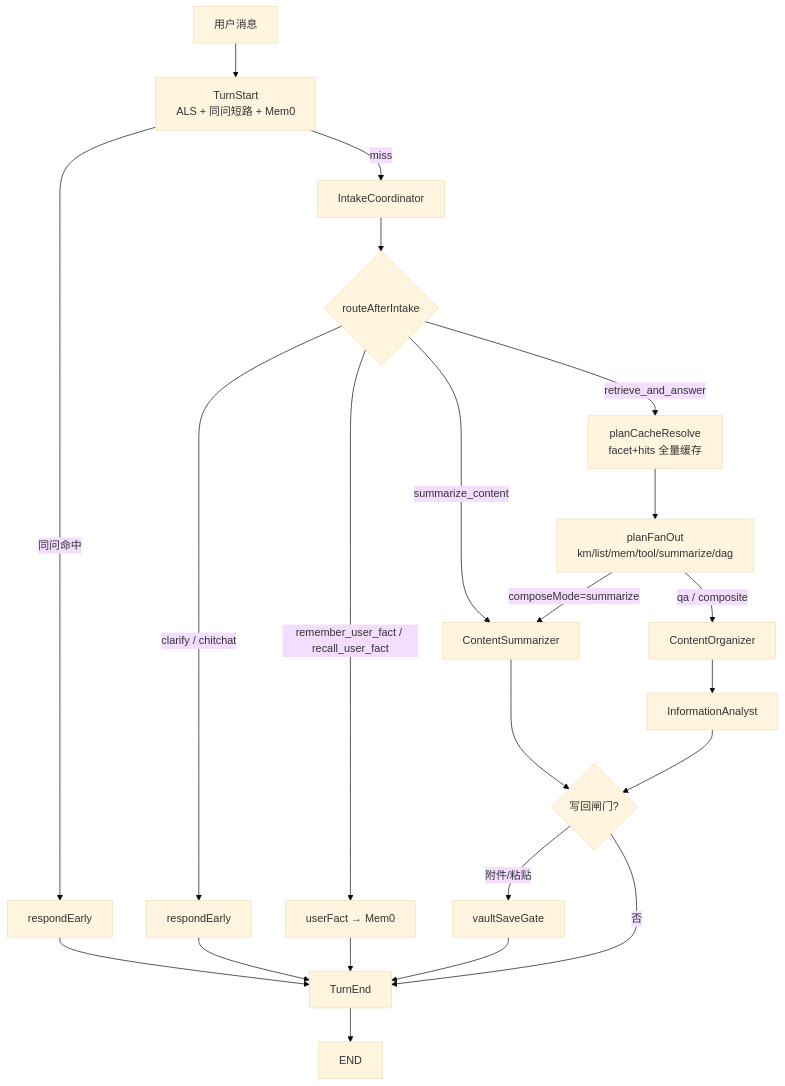
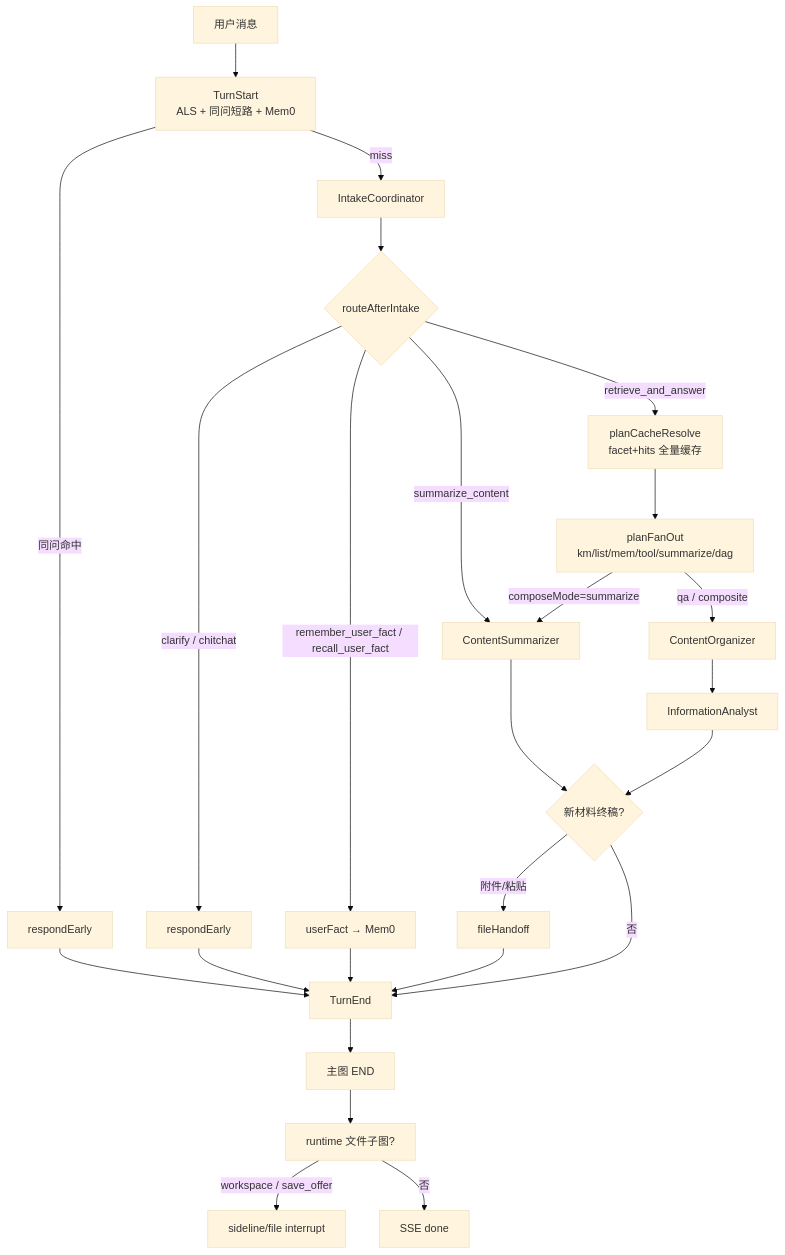
Before and after one commit to panzhanfei/agent: the second of 12 diagrams in docs/02-agent-flows.md, drawn with Mermaid (base theme). The commit also changed other lines of this file and 111 other files, not shown here.

First line of the commit message:
文件 HITL 改成主图结束后的平级子线（sideline/file + FileJob）

````diff
--- a/docs/02-agent-flows.md
+++ b/docs/02-agent-flows.md
@@ -140,25 +147,28 @@
 ```mermaid
 flowchart TD
   A[用户消息] --> PT[TurnStart<br/>ALS + 同问短路 + Mem0]
   PT -->|同问命中| D0[respondEarly]
   PT -->|miss| B[IntakeCoordinator]
   B --> C{routeAfterIntake}
 
   C -->|clarify / chitchat| D[respondEarly]
   C -->|remember_user_fact / recall_user_fact| UF[userFact → Mem0]
   C -->|summarize_content| CS[ContentSummarizer]
   C -->|retrieve_and_answer| PCR[planCacheResolve<br/>facet+hits 全量缓存]
   PCR --> PE[planFanOut<br/>km/list/mem/tool/summarize/dag]
   PE -->|composeMode=summarize| CS
   PE -->|qa / composite| CO[ContentOrganizer]
   CO --> G[InformationAnalyst]
-  G --> GATE{写回闸门?}
+  G --> GATE{新材料终稿?}
   CS --> GATE
-  GATE -->|附件/粘贴| VSG[vaultSaveGate]
+  GATE -->|附件/粘贴| FH[fileHandoff]
   GATE -->|否| PST[TurnEnd]
-  VSG --> PST
+  FH --> PST
   D --> PST
   UF --> PST
   D0 --> PST
-  PST --> END_NODE[END]
+  PST --> END_NODE[主图 END]
+  END_NODE --> RT[runtime 文件子图?]
+  RT -->|workspace / save_offer| FG[sideline/file interrupt]
+  RT -->|否| DONE[SSE done]
 ```
````
